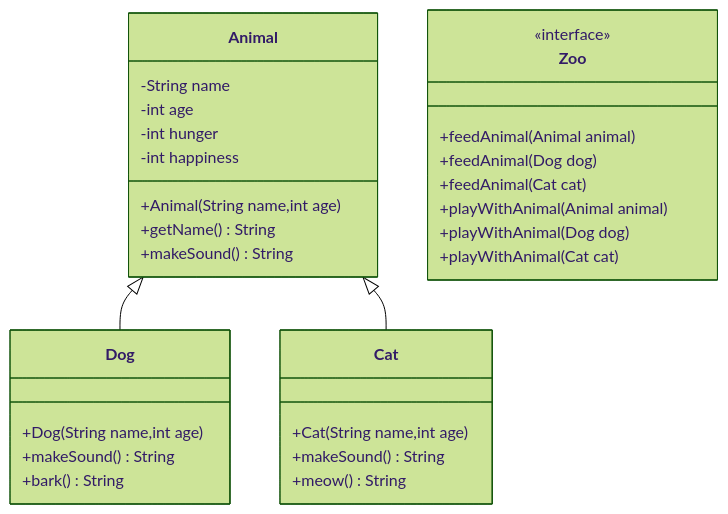
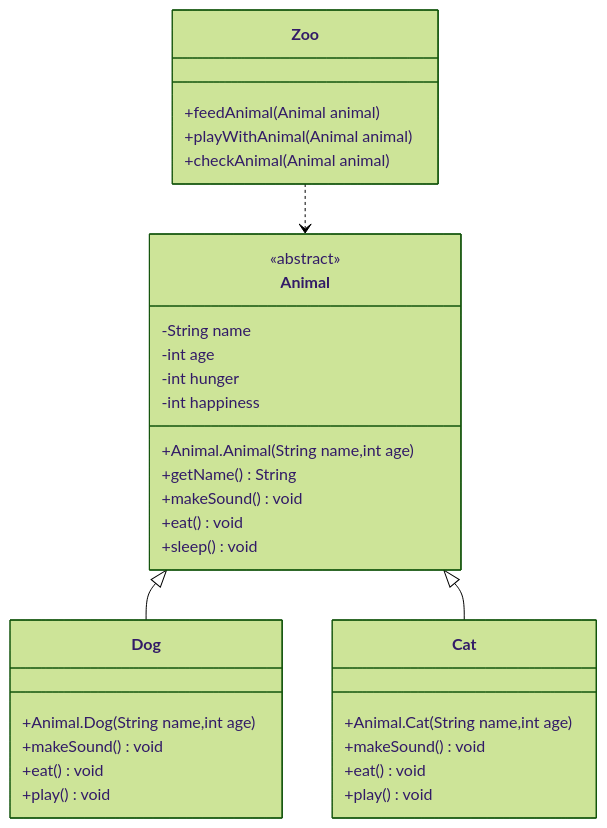
One commit to oHAHOo/animalManageSystem changed the diagram in ClassDiagram.md. Above: the diagram before and after it, drawn with Mermaid (forest theme). The commit also changed 1 other file, not shown here.

Commit message:
클래스 관계도, 프로젝트 설명

````diff
--- a/ClassDiagram.md
+++ b/ClassDiagram.md
@@ -1,39 +1,40 @@
 ```mermaid
     classDiagram
-        class Animal{
-            
+        class Animal{   
+            <<abstract>>
             -String name
             -int age
             -int hunger
             -int happiness
-            +Animal(String name,int age)
+            +Animal.Animal(String name,int age)
             +getName() String
-            +makeSound() String
+            +makeSound() void
+            +eat() void
+            +sleep() void
             
         }
         class Dog{
-            +Dog(String name,int age)
-            +makeSound() String
-            +bark() String
+            +Animal.Dog(String name,int age)
+            +makeSound() void           
+            +eat() void
+            +play() void
         }
         Animal <|-- Dog
         
         class Cat{
-            +Cat(String name,int age)
-            +makeSound() String
-            +meow() String
+            +Animal.Cat(String name,int age)
+            +makeSound() void
+            +eat() void
+            +play() void
         }
         Animal <|-- Cat
         
         class Zoo{
-            <<interface>>
             +feedAnimal(Animal animal)
-            +feedAnimal(Dog dog)
-            +feedAnimal(Cat cat)
             +playWithAnimal(Animal animal)
-            +playWithAnimal(Dog dog)
-            +playWithAnimal(Cat cat)
+            +checkAnimal(Animal animal)             
         }
+        Zoo ..> Animal
         
 
 ```
````
